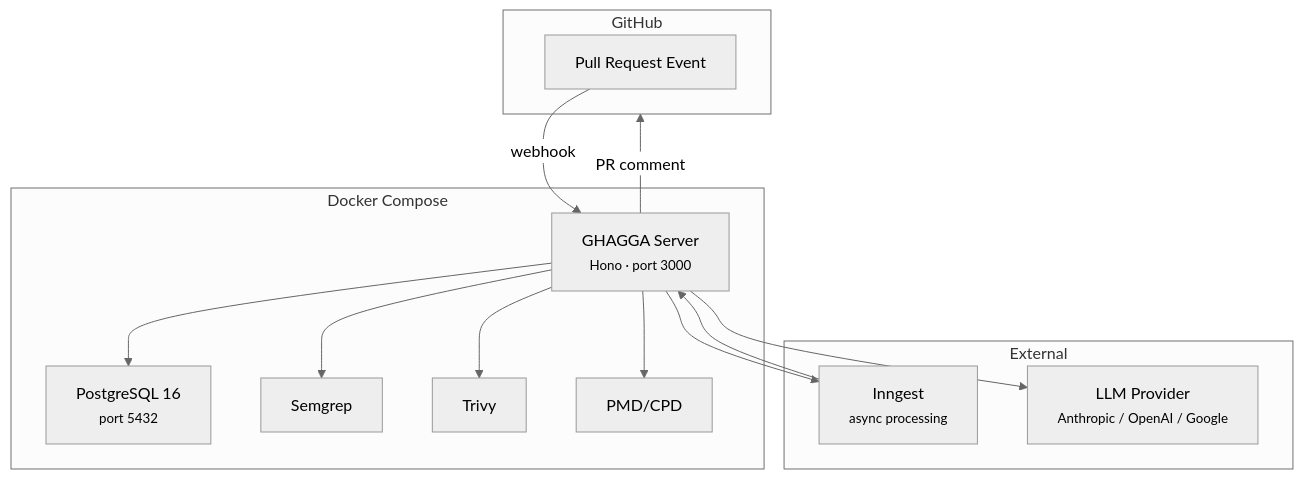
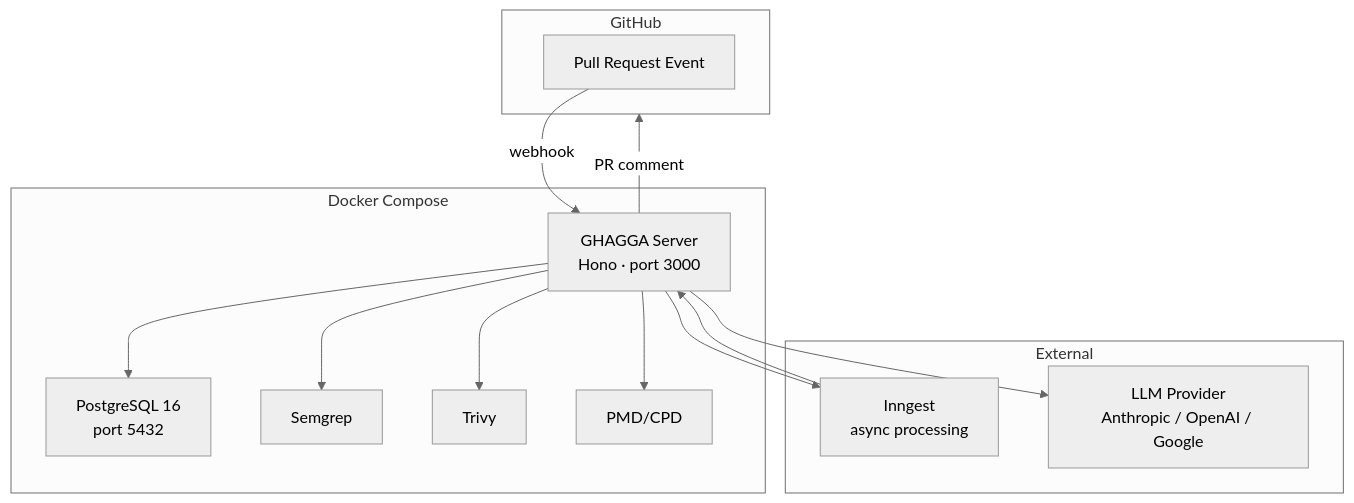
One commit to actions-marketplace-validations/JNZader_ghagga changed the second of 2 diagrams in docs/self-hosted.md. Above: the diagram before and after it, drawn with Mermaid (neutral theme). The commit also changed other lines of this file and 7 other files, not shown here.

First line of the commit message:
fix(docs): remove <small> tags from Mermaid diagrams

````diff
--- a/docs/self-hosted.md
+++ b/docs/self-hosted.md
@@ -378,29 +378,29 @@
 ```mermaid
 flowchart TB
   subgraph GitHub
     PR["Pull Request Event"]
   end
 
   subgraph Docker["Docker Compose"]
-    Server["GHAGGA Server<br/><small>Hono · port 3000</small>"]
-    PG["PostgreSQL 16<br/><small>port 5432</small>"]
+    Server["GHAGGA Server<br/>Hono · port 3000"]
+    PG["PostgreSQL 16<br/>port 5432"]
     Semgrep["Semgrep"]
     Trivy["Trivy"]
     CPD["PMD/CPD"]
   end
 
   subgraph External
-    Inngest["Inngest<br/><small>async processing</small>"]
-    LLM["LLM Provider<br/><small>Anthropic / OpenAI / Google</small>"]
+    Inngest["Inngest<br/>async processing"]
+    LLM["LLM Provider<br/>Anthropic / OpenAI / Google"]
   end
 
   PR -->|webhook| Server
   Server --> PG
   Server --> Inngest
   Inngest --> Server
   Server --> Semgrep
   Server --> Trivy
   Server --> CPD
   Server --> LLM
   Server -->|PR comment| GitHub
 ```
````
